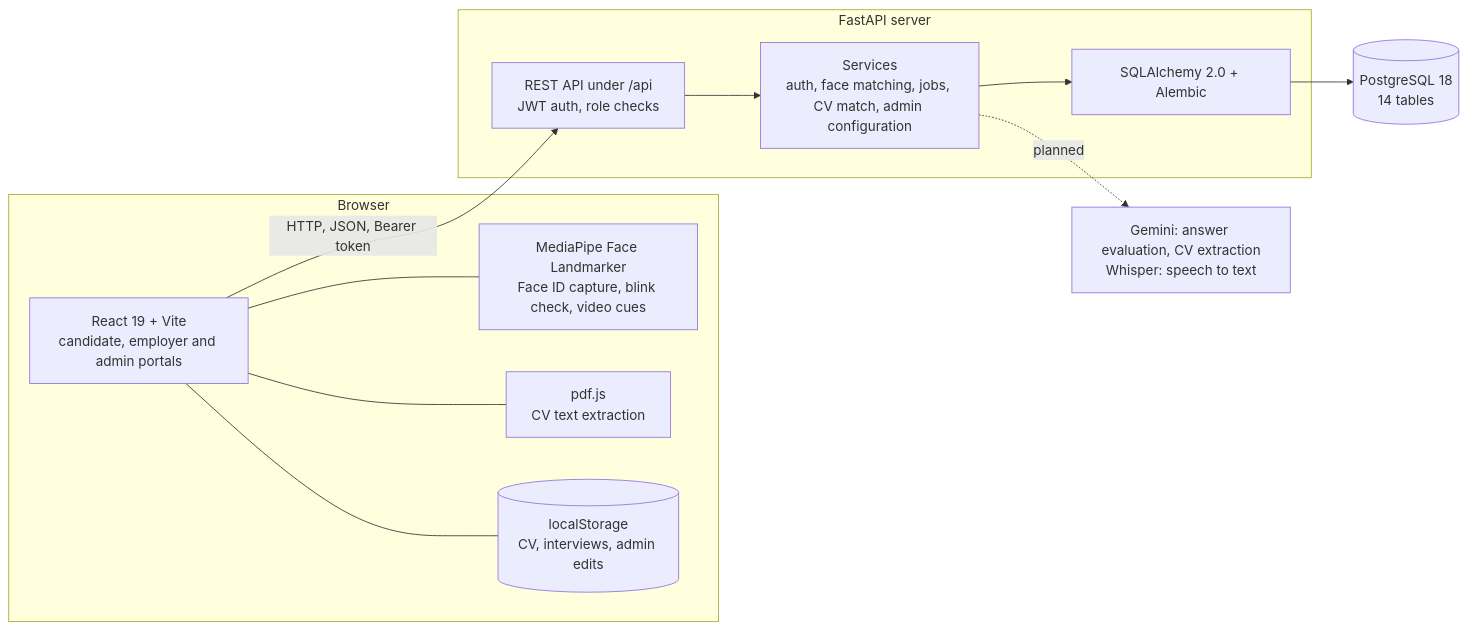
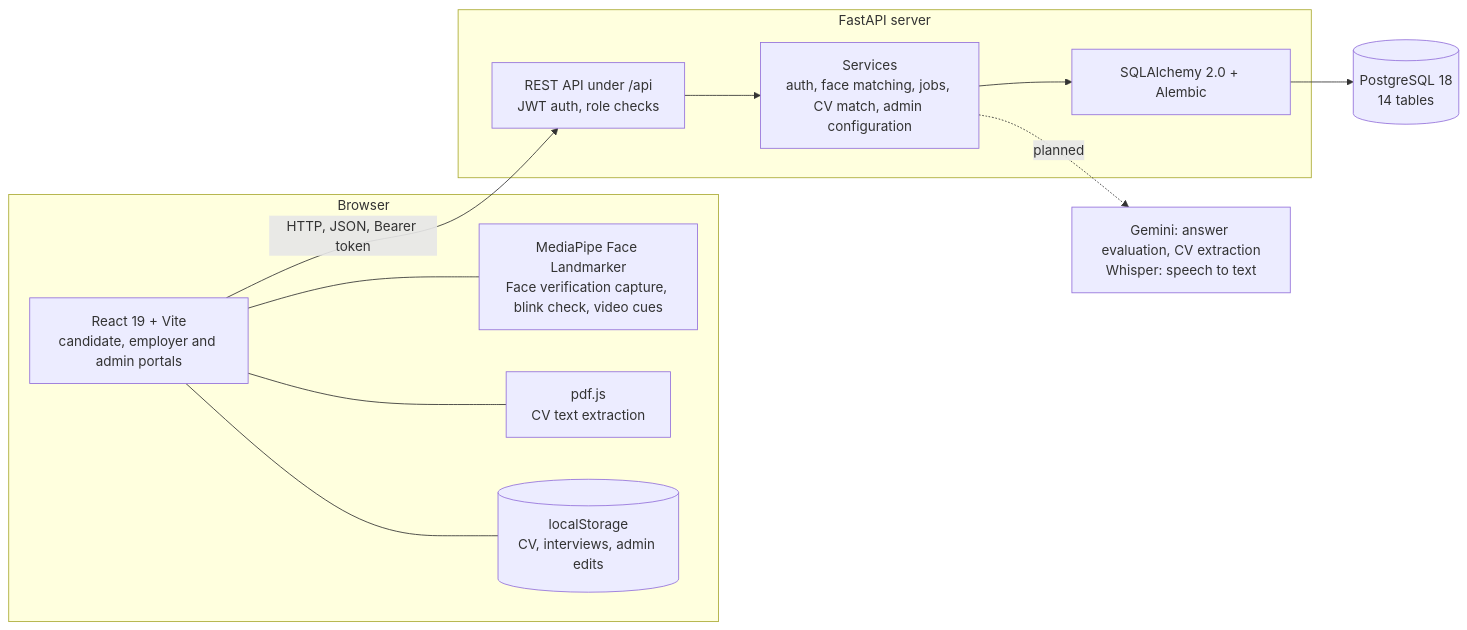
One commit to shuneenraza-bot/Intervo-Frontend changed the diagram in README.md. Above: the diagram before and after it, drawn with Mermaid. The commit also changed other lines of this file and 12 other files, not shown here.

First line of the commit message:
Two-step sign-in and sign-up: password, then required face verification

````diff
--- a/README.md
+++ b/README.md
@@ -48,26 +48,26 @@
 ```mermaid
 flowchart LR
     subgraph Browser["Browser"]
         UI["React 19 + Vite<br/>candidate, employer and admin portals"]
-        MP["MediaPipe Face Landmarker<br/>Face ID capture, blink check, video cues"]
+        MP["MediaPipe Face Landmarker<br/>Face verification capture, blink check, video cues"]
         PDF["pdf.js<br/>CV text extraction"]
         LS[("localStorage<br/>CV, interviews, admin edits")]
         UI --- MP
         UI --- PDF
         UI --- LS
     end
 
     subgraph Server["FastAPI server"]
         API["REST API under /api<br/>JWT auth, role checks"]
         SVC["Services<br/>auth, face matching, jobs, CV match, admin configuration"]
         ORM["SQLAlchemy 2.0 + Alembic"]
         API --> SVC --> ORM
     end
 
     DB[("PostgreSQL 18<br/>14 tables")]
     AI["Gemini: answer evaluation, CV extraction<br/>Whisper: speech to text"]
 
     UI -- "HTTP, JSON, Bearer token" --> API
     ORM --> DB
     SVC -. "planned" .-> AI
 ```
````
